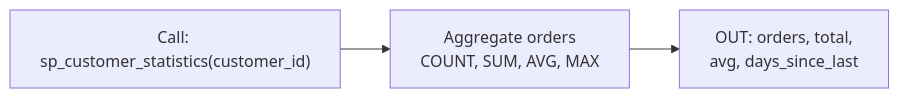
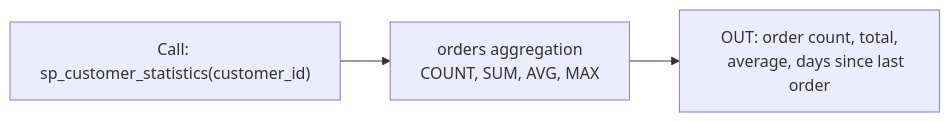
The ninth of 15 diagrams in docs/en/schema/procedures.md (civilian7/sql-tutorial), drawn with Mermaid before and after one commit. The commit also changed other lines of this file and 121 other files, not shown here.

````diff
--- a/docs/en/schema/procedures.md
+++ b/docs/en/schema/procedures.md
@@ -924,7 +939,7 @@
 ```mermaid
 flowchart LR
-    A["Call: sp_customer_statistics(customer_id)"] --> B["Aggregate orders
+    A["Call: sp_customer_statistics(customer_id)"] --> B["orders aggregation
     COUNT, SUM, AVG, MAX"]
-    B --> C["OUT: orders, total,
-    avg, days_since_last"]
+    B --> C["OUT: order count, total,
+    average, days since last order"]
 ```
````
